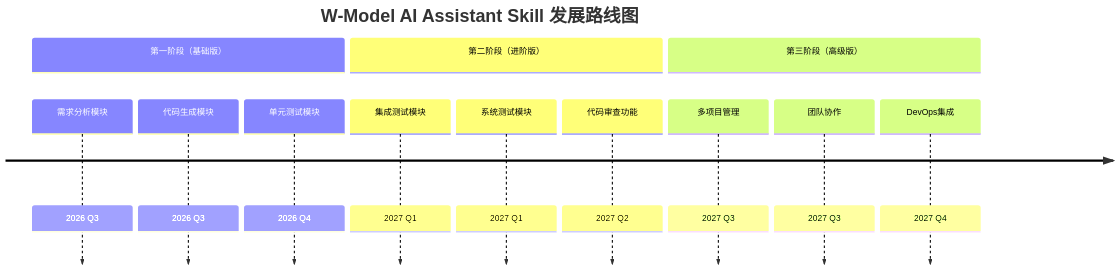
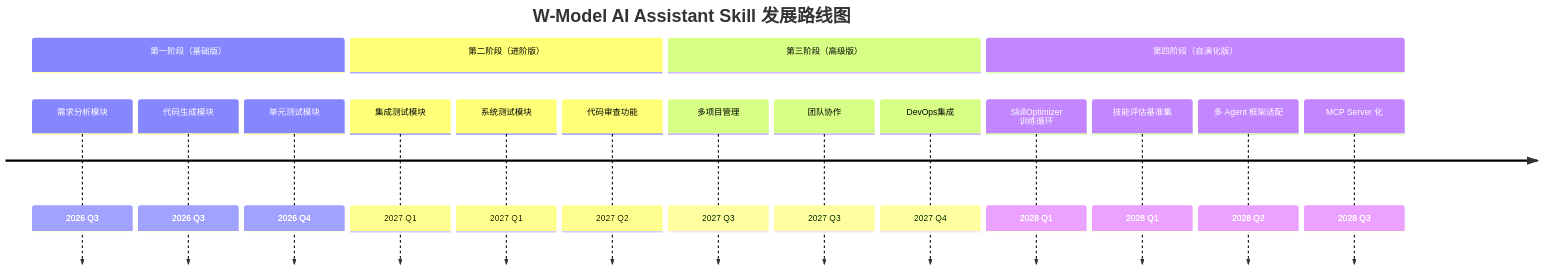
One commit to WangHHY19931001/Software_Engineering_W_Development_Model_Skills_Pack changed diagram 12 of 12 in skill-design-document_SSoT.md. Above: the diagram before and after it, drawn with Mermaid. The commit also changed other lines of this file and 19 other files, not shown here.

````diff
--- a/skill-design-document_SSoT.md
+++ b/skill-design-document_SSoT.md
@@ -854,16 +1037,21 @@
 ```mermaid
 timeline
     title W-Model AI Assistant Skill 发展路线图
     section 第一阶段（基础版）
         需求分析模块 : 2026 Q3
         代码生成模块 : 2026 Q3
         单元测试模块 : 2026 Q4
     section 第二阶段（进阶版）
         集成测试模块 : 2027 Q1
         系统测试模块 : 2027 Q1
         代码审查功能 : 2027 Q2
     section 第三阶段（高级版）
         多项目管理 : 2027 Q3
         团队协作 : 2027 Q3
         DevOps集成 : 2027 Q4
+    section 第四阶段（自演化版）
+        SkillOptimizer 训练循环 : 2028 Q1
+        技能评估基准集 : 2028 Q1
+        多 Agent 框架适配 : 2028 Q2
+        MCP Server 化 : 2028 Q3
 ```
````
